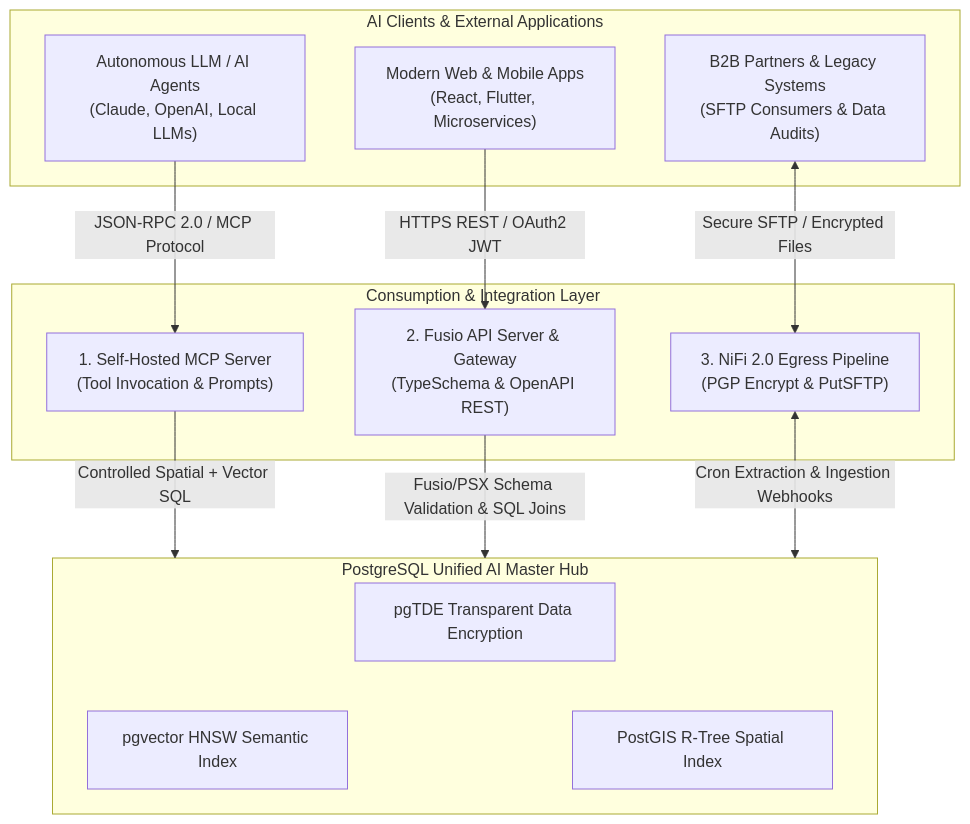
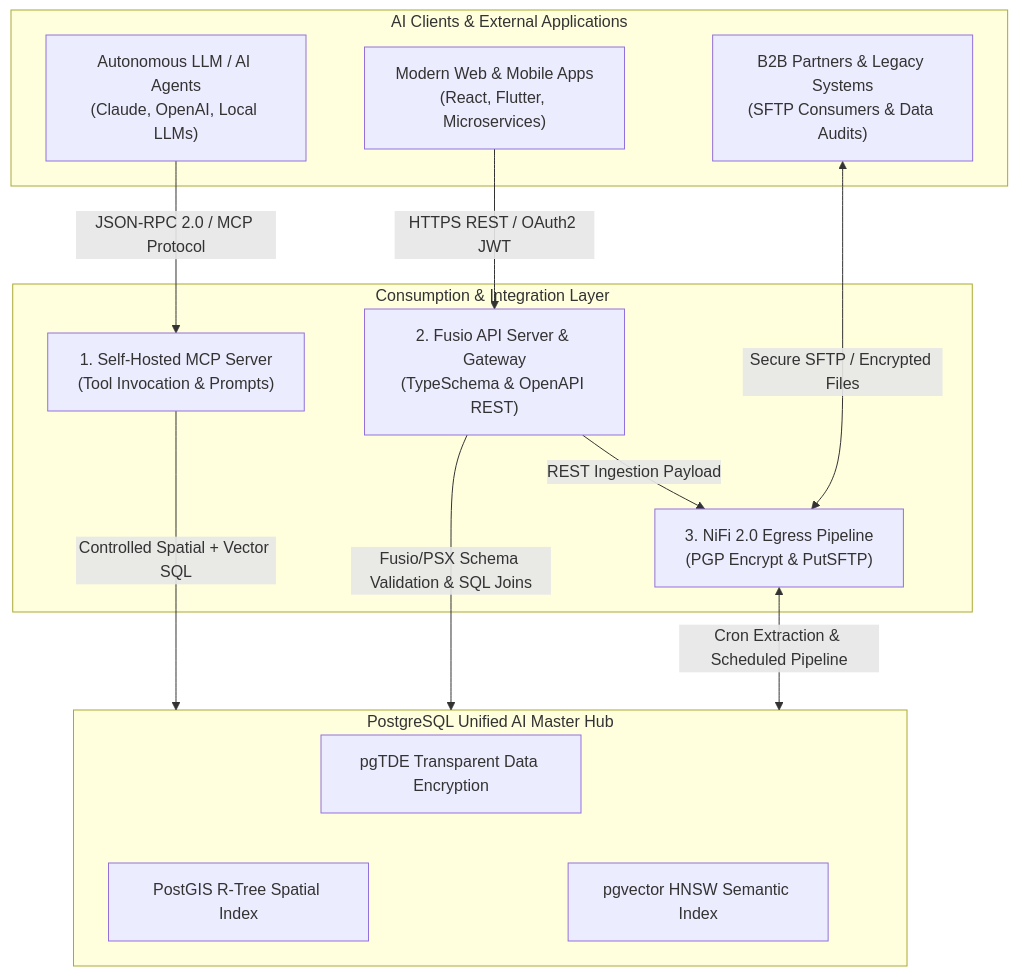
Before and after one commit to linuxmalaysia/bda-ai-infra: the first of 2 diagrams in docs/reference/consumption-and-integration-layer.md, drawn with Mermaid. The commit also changed other lines of this file, not shown here.

First line of the commit message:
docs: refine Fusio actions with WGS84 validation and HTTPS URL check

````diff
--- a/docs/reference/consumption-and-integration-layer.md
+++ b/docs/reference/consumption-and-integration-layer.md
@@ -141,32 +141,33 @@
 ```mermaid
 flowchart TD
     subgraph Clients ["AI Clients & External Applications"]
         LLM["Autonomous LLM / AI Agents<br/>(Claude, OpenAI, Local LLMs)"]
         WebApps["Modern Web & Mobile Apps<br/>(React, Flutter, Microservices)"]
         LegacyB2B["B2B Partners & Legacy Systems<br/>(SFTP Consumers & Data Audits)"]
     end
 
     subgraph ConsumptionLayer ["Consumption & Integration Layer"]
         MCP["1. Self-Hosted MCP Server<br/>(Tool Invocation & Prompts)"]
         Fusio["2. Fusio API Server & Gateway<br/>(TypeSchema & OpenAPI REST)"]
         NiFiEgress["3. NiFi 2.0 Egress Pipeline<br/>(PGP Encrypt & PutSFTP)"]
     end
 
     subgraph DatabaseHub ["PostgreSQL Unified AI Master Hub"]
         pgTDE["pgTDE Transparent Data Encryption"]
         pgvector["pgvector HNSW Semantic Index"]
         PostGIS["PostGIS R-Tree Spatial Index"]
     end
 
     LLM -->|"JSON-RPC 2.0 / MCP Protocol"| MCP
     WebApps -->|"HTTPS REST / OAuth2 JWT"| Fusio
     LegacyB2B <-->|"Secure SFTP / Encrypted Files"| NiFiEgress
 
     MCP -->|"Controlled Spatial + Vector SQL"| DatabaseHub
     Fusio -->|"Fusio/PSX Schema Validation & SQL Joins"| DatabaseHub
-    NiFiEgress <-->|"Cron Extraction & Ingestion Webhooks"| DatabaseHub
+    Fusio -->|"REST Ingestion Payload"| NiFiEgress
+    NiFiEgress <-->|"Cron Extraction & Scheduled Pipeline"| DatabaseHub
 
     DatabaseHub --- pgTDE
     DatabaseHub --- pgvector
     DatabaseHub --- PostGIS
 ```
````
